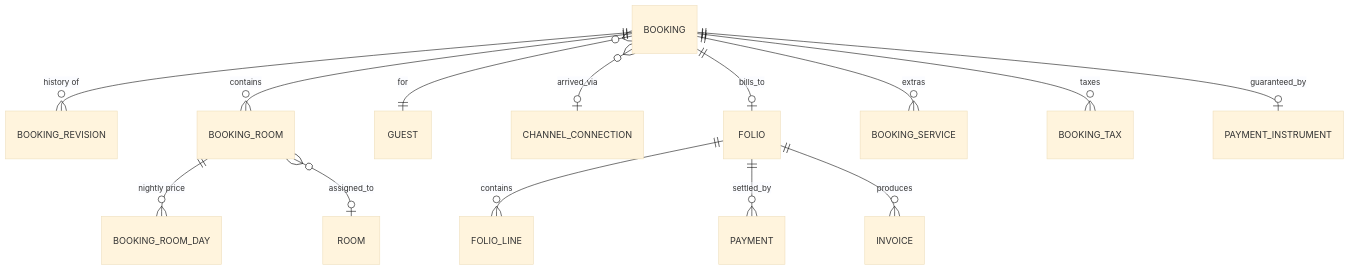
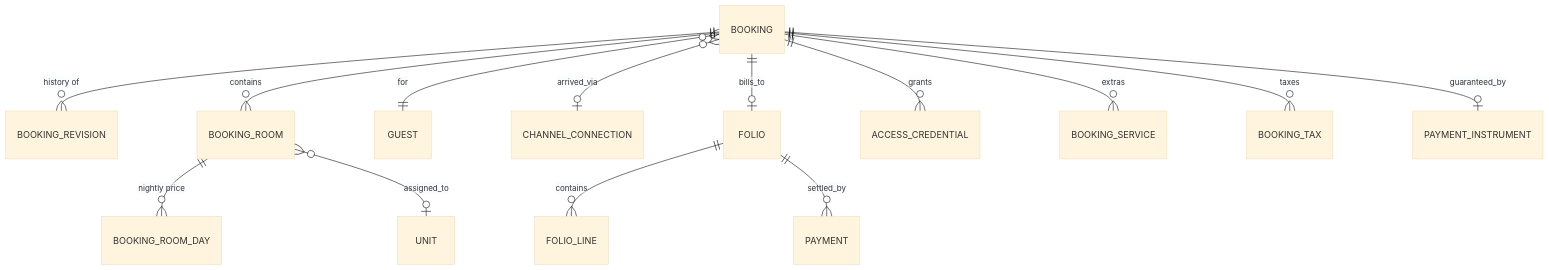
The fourth of 6 diagrams in docs/specs/03-domain-model.md (henihaddad/channex-pms), drawn with Mermaid (base theme) before and after one commit. The commit also changed other lines of this file and 19 other files, not shown here.

````diff
--- a/docs/specs/03-domain-model.md
+++ b/docs/specs/03-domain-model.md
@@ -130,16 +156,16 @@
 ```mermaid
 erDiagram
   BOOKING ||--o{ BOOKING_REVISION : "history of"
   BOOKING ||--o{ BOOKING_ROOM : contains
   BOOKING_ROOM ||--o{ BOOKING_ROOM_DAY : "nightly price"
-  BOOKING_ROOM }o--o| ROOM : assigned_to
+  BOOKING_ROOM }o--o| UNIT : assigned_to
   BOOKING }o--|| GUEST : for
   BOOKING }o--o| CHANNEL_CONNECTION : arrived_via
   BOOKING ||--o| FOLIO : bills_to
+  BOOKING ||--o{ ACCESS_CREDENTIAL : grants
   FOLIO ||--o{ FOLIO_LINE : contains
   FOLIO ||--o{ PAYMENT : settled_by
-  FOLIO ||--o{ INVOICE : produces
   BOOKING ||--o{ BOOKING_SERVICE : extras
   BOOKING ||--o{ BOOKING_TAX : taxes
   BOOKING ||--o| PAYMENT_INSTRUMENT : guaranteed_by
 ```
````
